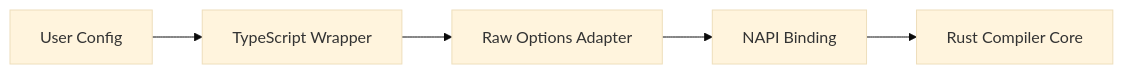
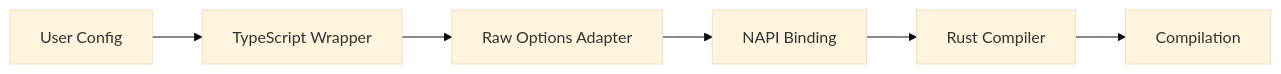
Before and after one commit to CoderSerio/blog: the first of 3 diagrams in src/content/posts/feopack.md, drawn with Mermaid (base theme). The commit also changed other lines of this file and 11 other files, not shown here.

````diff
--- a/src/content/posts/feopack.md
+++ b/src/content/posts/feopack.md
@@ -82,7 +31,8 @@
 ```mermaid
 flowchart LR
-  Config[User Config] --> Wrapper[TypeScript Wrapper]
-  Wrapper --> Adapter[Raw Options Adapter]
-  Adapter --> NAPI[NAPI Binding]
-  NAPI --> Core[Rust Compiler Core]
+  Config["User Config"] --> Wrapper["TypeScript Wrapper"]
+  Wrapper --> Adapter["Raw Options Adapter"]
+  Adapter --> Binding["NAPI Binding"]
+  Binding --> Compiler["Rust Compiler"]
+  Compiler --> Compilation["Compilation"]
 ```
````
